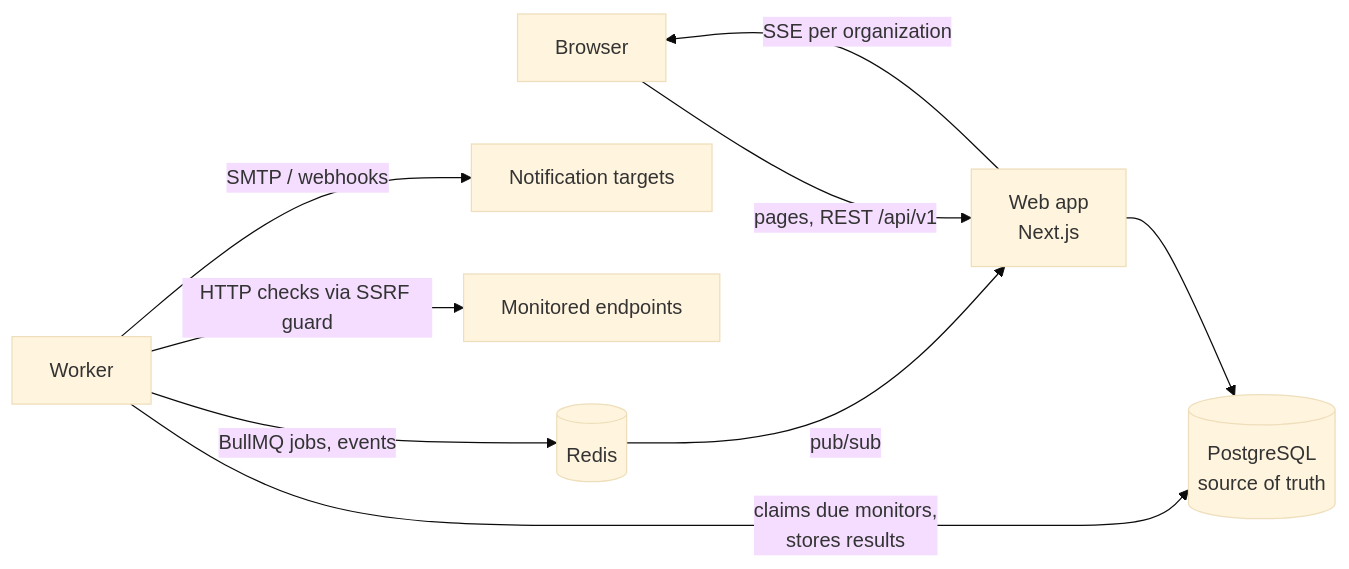
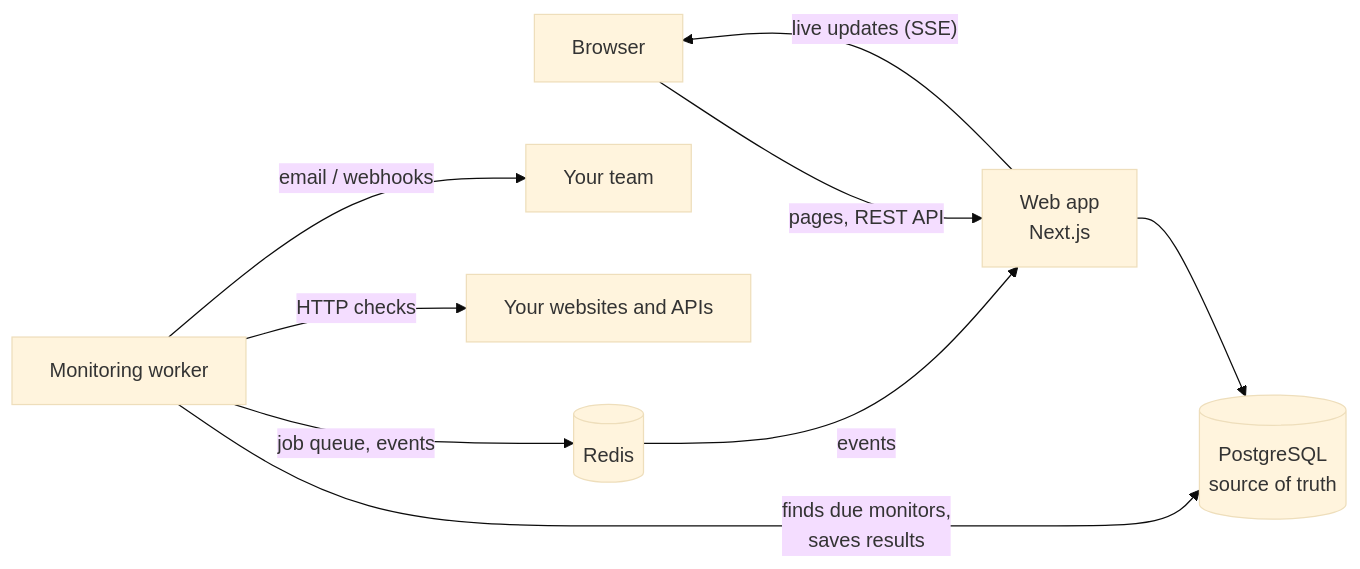
Before and after one commit to nuhanhabib/pulseops: the diagram in README.md, drawn with Mermaid (base theme). The commit also changed other lines of this file, not shown here.

````diff
--- a/README.md
+++ b/README.md
@@ -52,11 +205,11 @@
 ```mermaid
 flowchart LR
-  B[Browser] -- "pages, REST /api/v1" --> W[Web app<br/>Next.js]
-  W -- "SSE per organization" --> B
+  B[Browser] -- "pages, REST API" --> W[Web app<br/>Next.js]
+  W -- "live updates (SSE)" --> B
   W --> PG[(PostgreSQL<br/>source of truth)]
-  K[Worker] -- "claims due monitors,<br/>stores results" --> PG
-  K -- "BullMQ jobs, events" --> R[(Redis)]
-  R -- "pub/sub" --> W
-  K -- "HTTP checks via SSRF guard" --> T[Monitored endpoints]
-  K -- "SMTP / webhooks" --> N[Notification targets]
+  K[Monitoring worker] -- "finds due monitors,<br/>saves results" --> PG
+  K -- "job queue, events" --> R[(Redis)]
+  R -- "events" --> W
+  K -- "HTTP checks" --> T[Your websites and APIs]
+  K -- "email / webhooks" --> N[Your team]
 ```
````
